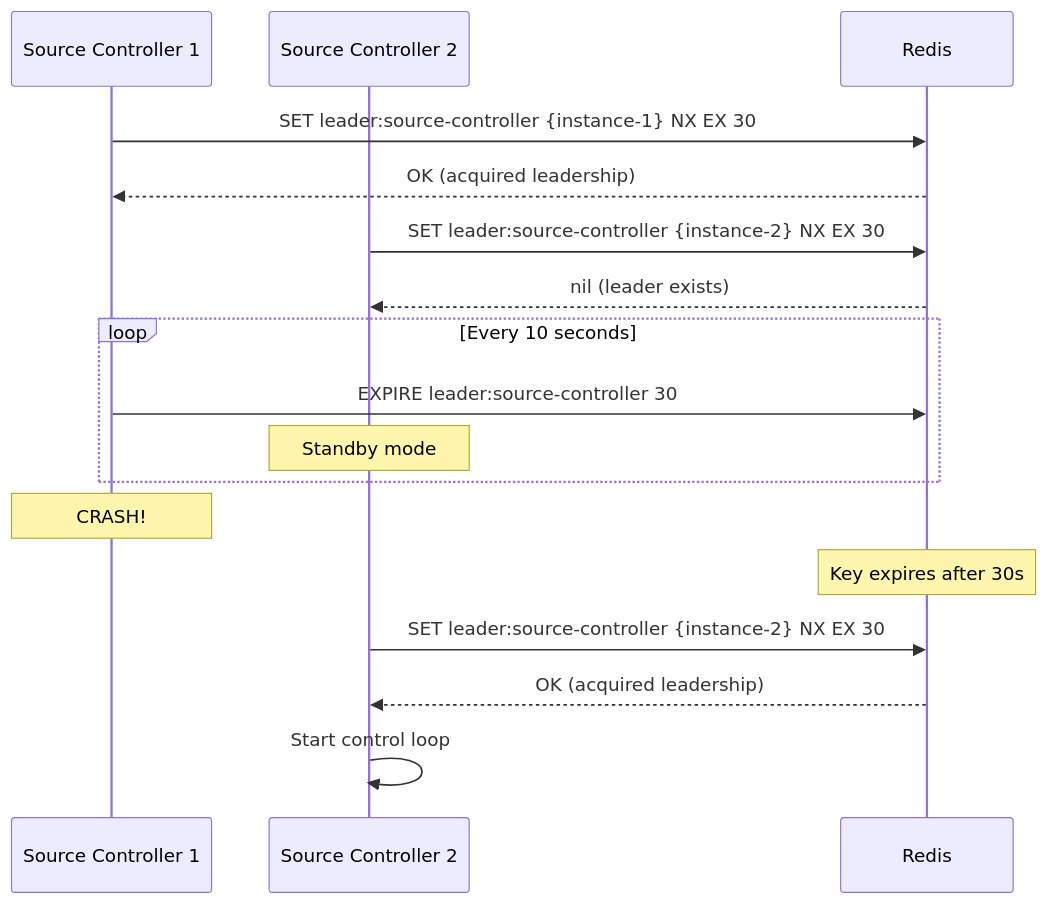
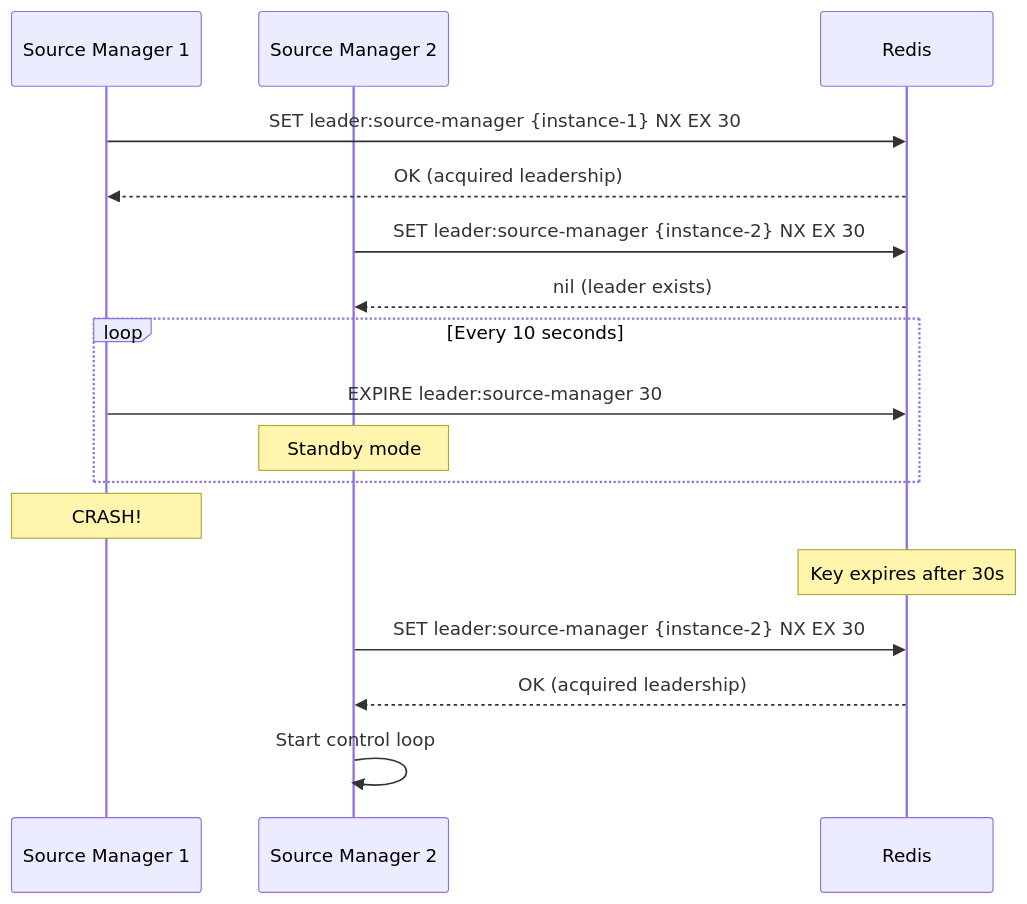
The third of 7 diagrams in docs/architecture/SCALING_PERFORMANCE.md (caesarakalaeii/all-chat), drawn with Mermaid before and after one commit. The commit also changed other lines of this file and 74 other files, not shown here.

````diff
--- a/docs/architecture/SCALING_PERFORMANCE.md
+++ b/docs/architecture/SCALING_PERFORMANCE.md
@@ -233,23 +233,23 @@
 ```mermaid
 sequenceDiagram
-    participant SC1 as Source Controller 1
-    participant SC2 as Source Controller 2
+    participant SC1 as Source Manager 1
+    participant SC2 as Source Manager 2
     participant Redis
 
-    SC1->>Redis: SET leader:source-controller {instance-1} NX EX 30
+    SC1->>Redis: SET leader:source-manager {instance-1} NX EX 30
     Redis-->>SC1: OK (acquired leadership)
-    SC2->>Redis: SET leader:source-controller {instance-2} NX EX 30
+    SC2->>Redis: SET leader:source-manager {instance-2} NX EX 30
     Redis-->>SC2: nil (leader exists)
 
     loop Every 10 seconds
-        SC1->>Redis: EXPIRE leader:source-controller 30
+        SC1->>Redis: EXPIRE leader:source-manager 30
         Note over SC2: Standby mode
     end
 
     Note over SC1: CRASH!
     Note over Redis: Key expires after 30s
 
-    SC2->>Redis: SET leader:source-controller {instance-2} NX EX 30
+    SC2->>Redis: SET leader:source-manager {instance-2} NX EX 30
     Redis-->>SC2: OK (acquired leadership)
     SC2->>SC2: Start control loop
 ```
````
